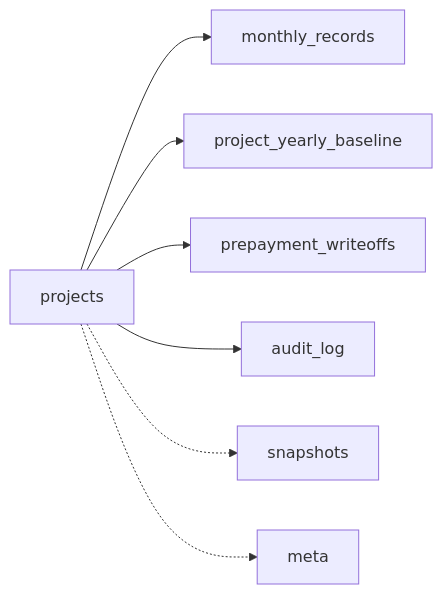
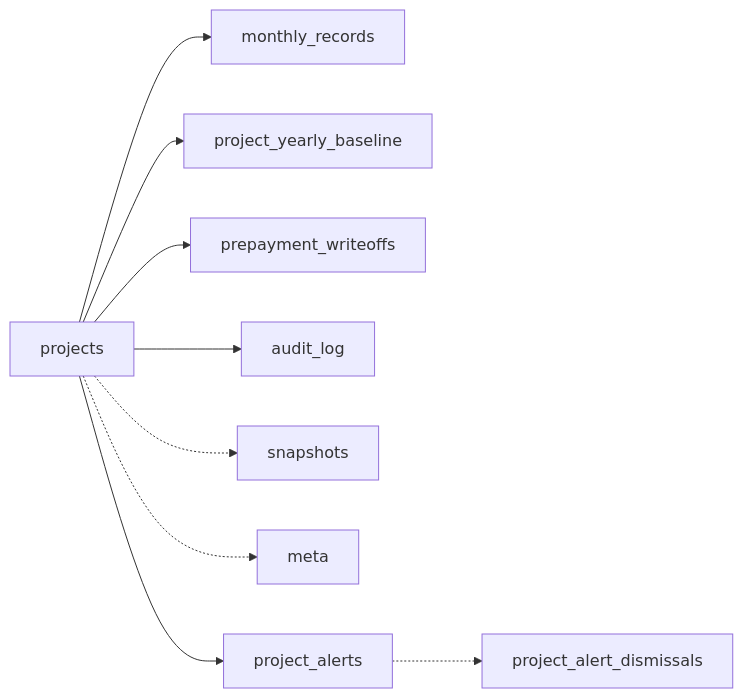
Diagram 12 of 12 in .qoder/repowiki/zh/content/数据库设计.md (marcelxu0272/202605_project-tracking-table), drawn with Mermaid before and after one commit. The commit also changed other lines of this file and 8 other files, not shown here.

````diff
--- a/.qoder/repowiki/zh/content/数据库设计.md
+++ b/.qoder/repowiki/zh/content/数据库设计.md
@@ -485,9 +584,11 @@
 ```mermaid
 graph LR
 Projects["projects"] --> Monthly["monthly_records"]
 Projects --> Baseline["project_yearly_baseline"]
 Projects --> Writeoff["prepayment_writeoffs"]
 Projects --> Audit["audit_log"]
 Projects -.-> Snap["snapshots"]
 Projects -.-> Meta["meta"]
+Projects --> Alerts["project_alerts"]
+Alerts -.-> Dismissals["project_alert_dismissals"]
 ```
````
